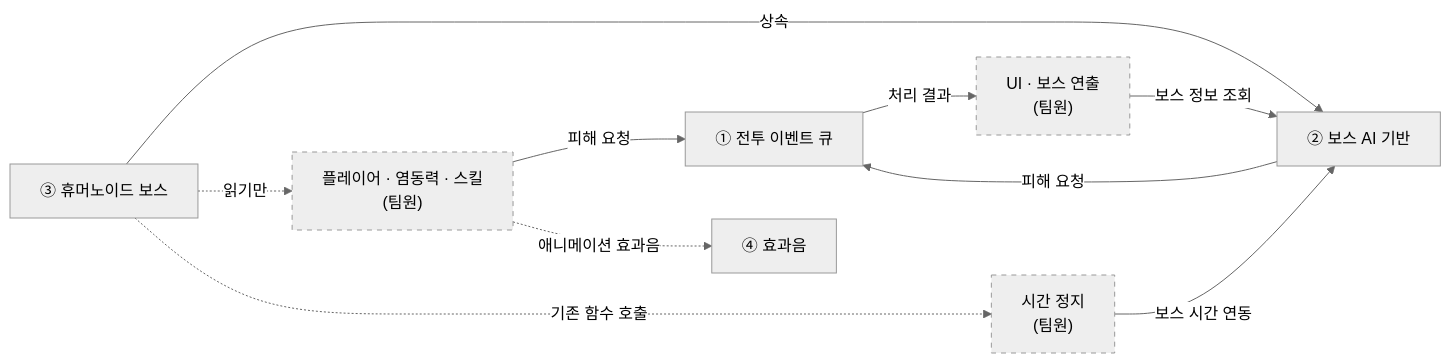
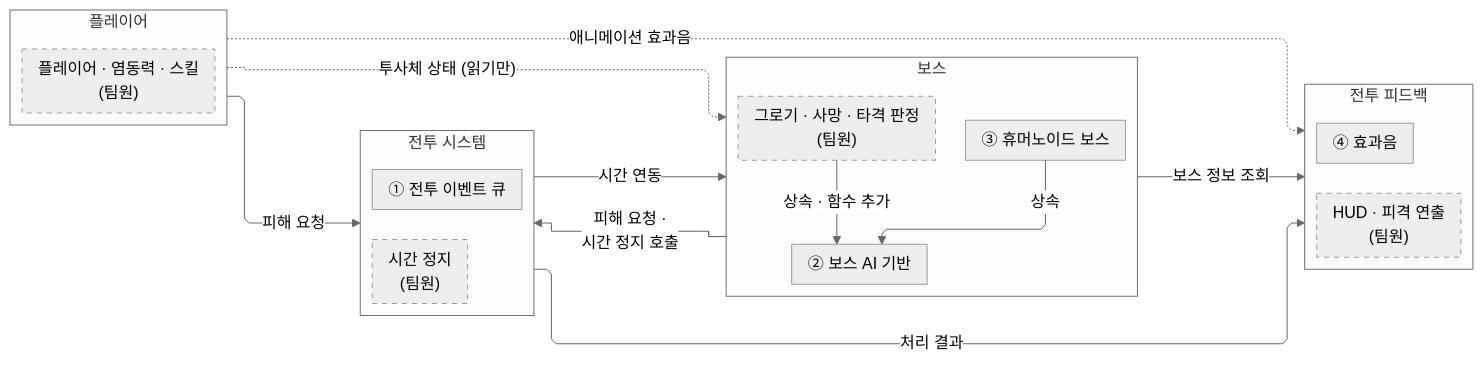
The second of 7 diagrams in src/3-Project-Oddity/기술문서.md (chesherneko/portfolio), drawn with Mermaid before and after one commit. The commit also changed other lines of this file and 20 other files, not shown here.

````diff
--- a/src/3-Project-Oddity/기술문서.md
+++ b/src/3-Project-Oddity/기술문서.md
@@ -151,24 +153,33 @@
 ```mermaid
-%%{init: {'theme':'neutral'}}%%
+%%{init: {'theme':'neutral', 'layout': 'elk', 'flowchart': {'curve': 'linear', 'rankSpacing': 40, 'nodeSpacing': 24, 'padding': 8}}}%%
 flowchart LR
-    P["플레이어 · 염동력 · 스킬<br/>(팀원)"]
-    T["시간 정지<br/>(팀원)"]
-    C["① 전투 이벤트 큐"]
-    S["④ 효과음"]
-    B["② 보스 AI 기반"]
-    H["③ 휴머노이드 보스"]
-    U["UI · 보스 연출<br/>(팀원)"]
+    subgraph PL["플레이어"]
+        P["플레이어 · 염동력 · 스킬<br/>(팀원)"]
+    end
+    subgraph CS["전투 시스템"]
+        direction TB
+        C["① 전투 이벤트 큐"]
+        T["시간 정지<br/>(팀원)"]
+    end
+    subgraph BO["보스"]
+        direction TB
+        H["③ 휴머노이드 보스"] -- "상속" --> B["② 보스 AI 기반"]
+        G["그로기 · 사망 · 타격 판정<br/>(팀원)"] -- "상속 · 함수 추가" --> B
+    end
+    subgraph FB["전투 피드백"]
+        direction TB
+        U["HUD · 피격 연출<br/>(팀원)"]
+        S["④ 효과음"]
+    end
 
-    P -- "피해 요청" --> C
-    P -. "애니메이션 효과음" .-> S
-    B -- "피해 요청" --> C
-    C -- "처리 결과" --> U
-    H -- "상속" --> B
-    H -. "읽기만" .-> P
-    H -. "기존 함수 호출" .-> T
-    T -- "보스 시간 연동" --> B
-    U -- "보스 정보 조회" --> B
+    PL -- "피해 요청" --> CS
+    BO -- "피해 요청 ·<br/>시간 정지 호출" --> CS
+    CS -- "시간 연동" --> BO
+    CS -- "처리 결과" --> FB
+    BO -- "보스 정보 조회" --> FB
+    PL -. "투사체 상태 (읽기만)" .-> BO
+    PL -. "애니메이션 효과음" .-> FB
 
     classDef team stroke-dasharray: 5 5;
-    class P,T,U team;
+    class P,T,U,G team;
 ```
````
